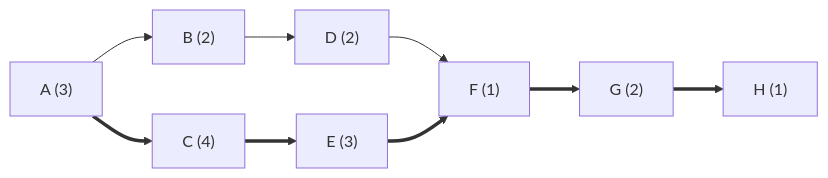
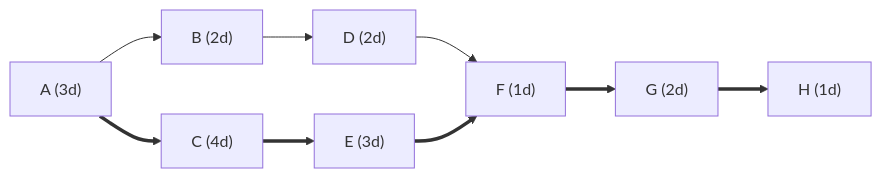
The diagram in eval/figure/generated/haiku/b-gantt.md (vrevolverrr/vicher), drawn with Mermaid before and after one commit. The commit also changed other lines of this file and 145 other files, not shown here.

First line of the commit message:
fix(figure): renderer defects found in the figure rating (#14)

````diff
--- a/eval/figure/generated/haiku/b-gantt.md
+++ b/eval/figure/generated/haiku/b-gantt.md
@@ -18,11 +16,11 @@
 ```mermaid
 flowchart LR
-  A["A (3)"] ==> C["C (4)"]
-  A --> B["B (2)"]
-  B --> D["D (2)"]
-  C ==> E["E (3)"]
-  D --> F["F (1)"]
+  A["A (3d)"] --> B["B (2d)"]
+  A ==> C["C (4d)"]
+  B --> D["D (2d)"]
+  C ==> E["E (3d)"]
+  D --> F["F (1d)"]
   E ==> F
-  F ==> G["G (2)"]
-  G ==> H["H (1)"]
+  F ==> G["G (2d)"]
+  G ==> H["H (1d)"]
 ```
````
